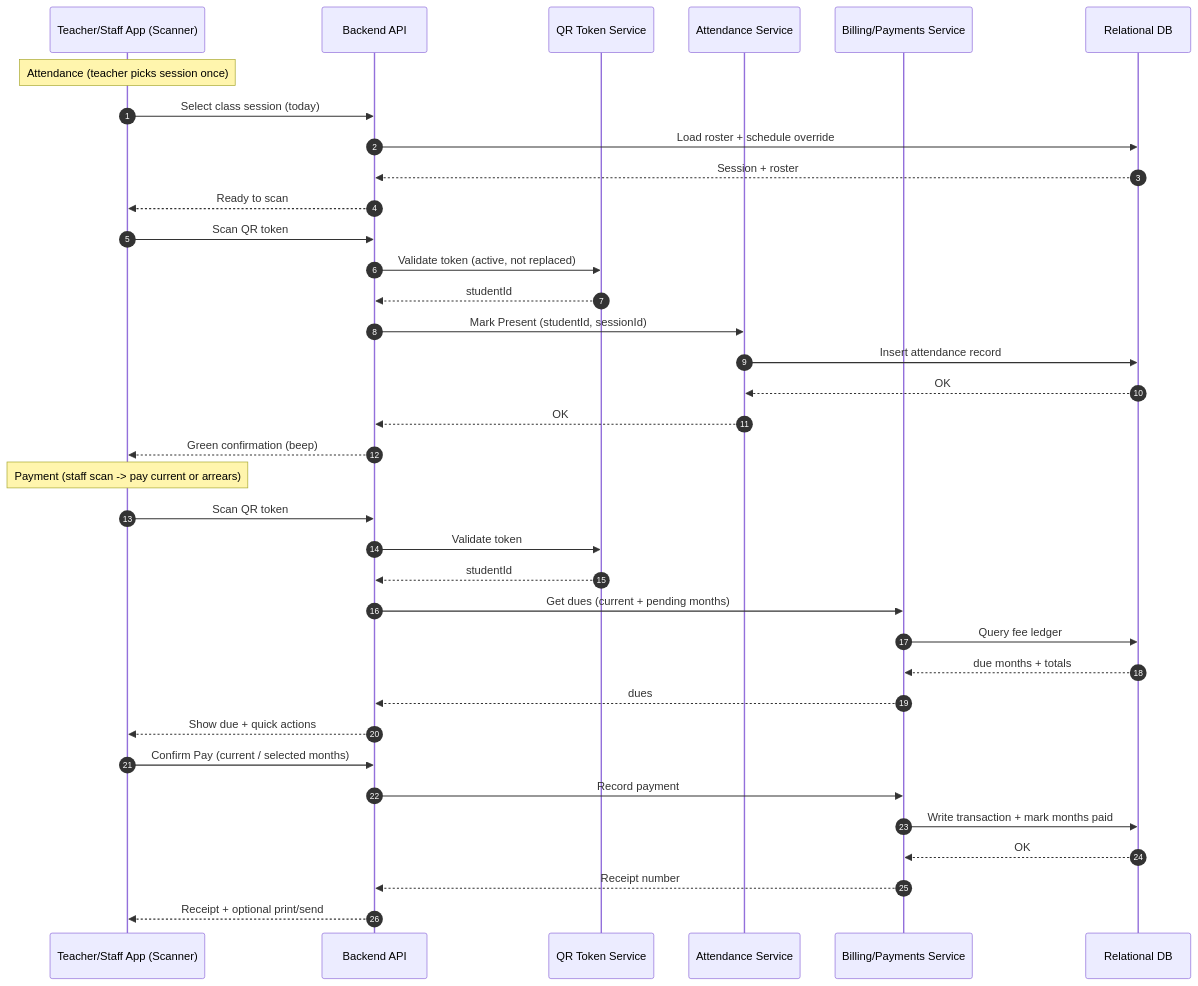
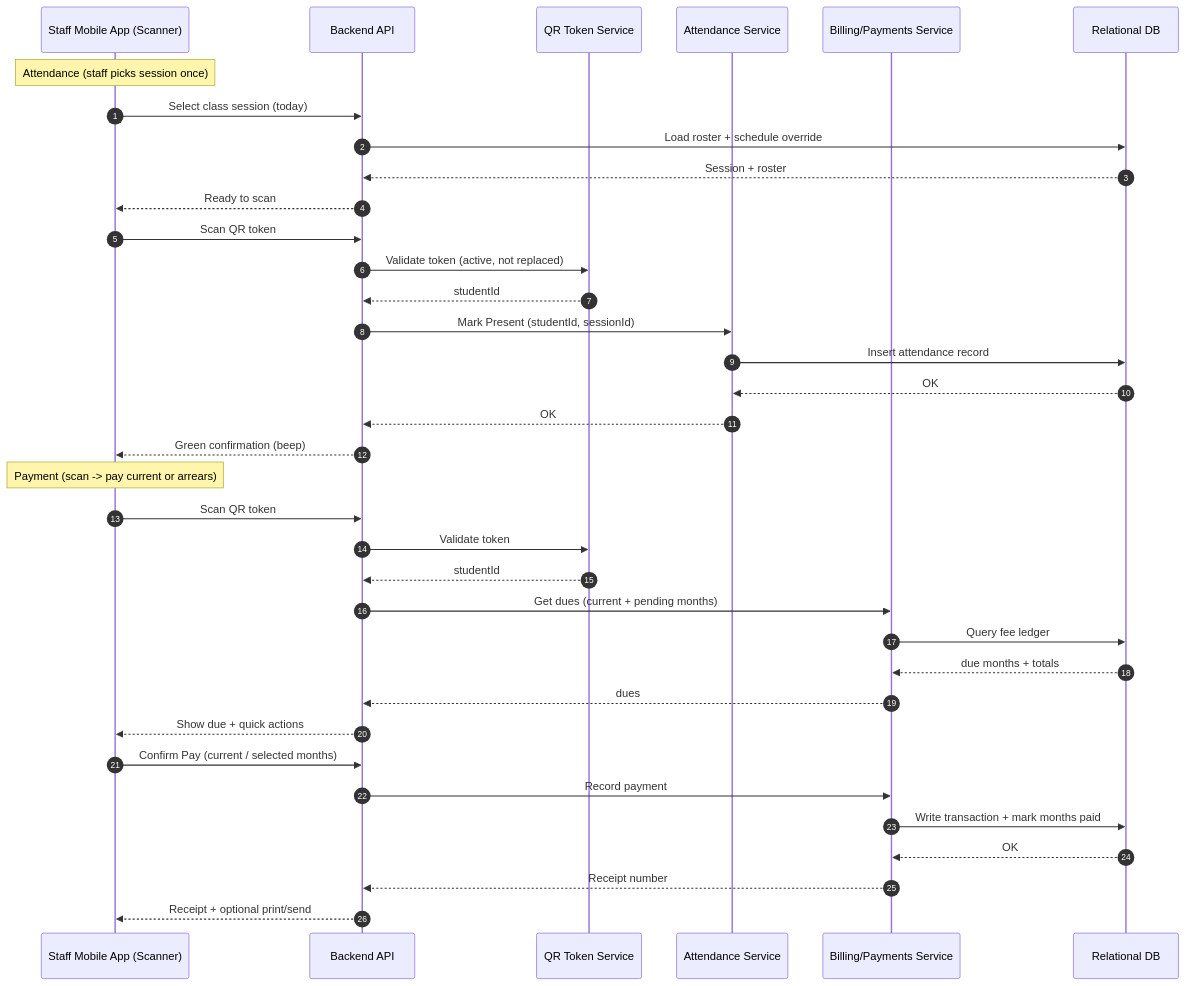
The second of 3 diagrams in docs/architecture.md (numeshj/saranya-new), drawn with Mermaid before and after one commit. The commit also changed other lines of this file and 2 other files, not shown here.

Commit message:
Align docs to Admin/Staff/Parents roles

````diff
--- a/docs/architecture.md
+++ b/docs/architecture.md
@@ -82,41 +88,41 @@
 ```mermaid
 sequenceDiagram
   autonumber
-  participant Teacher as Teacher/Staff App (Scanner)
+  participant Staff as Staff Mobile App (Scanner)
   participant API as Backend API
   participant QR as QR Token Service
   participant Att as Attendance Service
   participant Bill as Billing/Payments Service
   participant DB as Relational DB
 
-  Note over Teacher: Attendance (teacher picks session once)
-  Teacher->>API: Select class session (today)
+  Note over Staff: Attendance (staff picks session once)
+  Staff->>API: Select class session (today)
   API->>DB: Load roster + schedule override
   DB-->>API: Session + roster
-  API-->>Teacher: Ready to scan
+  API-->>Staff: Ready to scan
 
-  Teacher->>API: Scan QR token
+  Staff->>API: Scan QR token
   API->>QR: Validate token (active, not replaced)
   QR-->>API: studentId
   API->>Att: Mark Present (studentId, sessionId)
   Att->>DB: Insert attendance record
   DB-->>Att: OK
   Att-->>API: OK
-  API-->>Teacher: Green confirmation (beep)
+  API-->>Staff: Green confirmation (beep)
 
-  Note over Teacher: Payment (staff scan -> pay current or arrears)
-  Teacher->>API: Scan QR token
+  Note over Staff: Payment (scan -> pay current or arrears)
+  Staff->>API: Scan QR token
   API->>QR: Validate token
   QR-->>API: studentId
   API->>Bill: Get dues (current + pending months)
   Bill->>DB: Query fee ledger
   DB-->>Bill: due months + totals
   Bill-->>API: dues
-  API-->>Teacher: Show due + quick actions
-  Teacher->>API: Confirm Pay (current / selected months)
+  API-->>Staff: Show due + quick actions
+  Staff->>API: Confirm Pay (current / selected months)
   API->>Bill: Record payment
   Bill->>DB: Write transaction + mark months paid
   DB-->>Bill: OK
   Bill-->>API: Receipt number
-  API-->>Teacher: Receipt + optional print/send
+  API-->>Staff: Receipt + optional print/send
 ```
````
